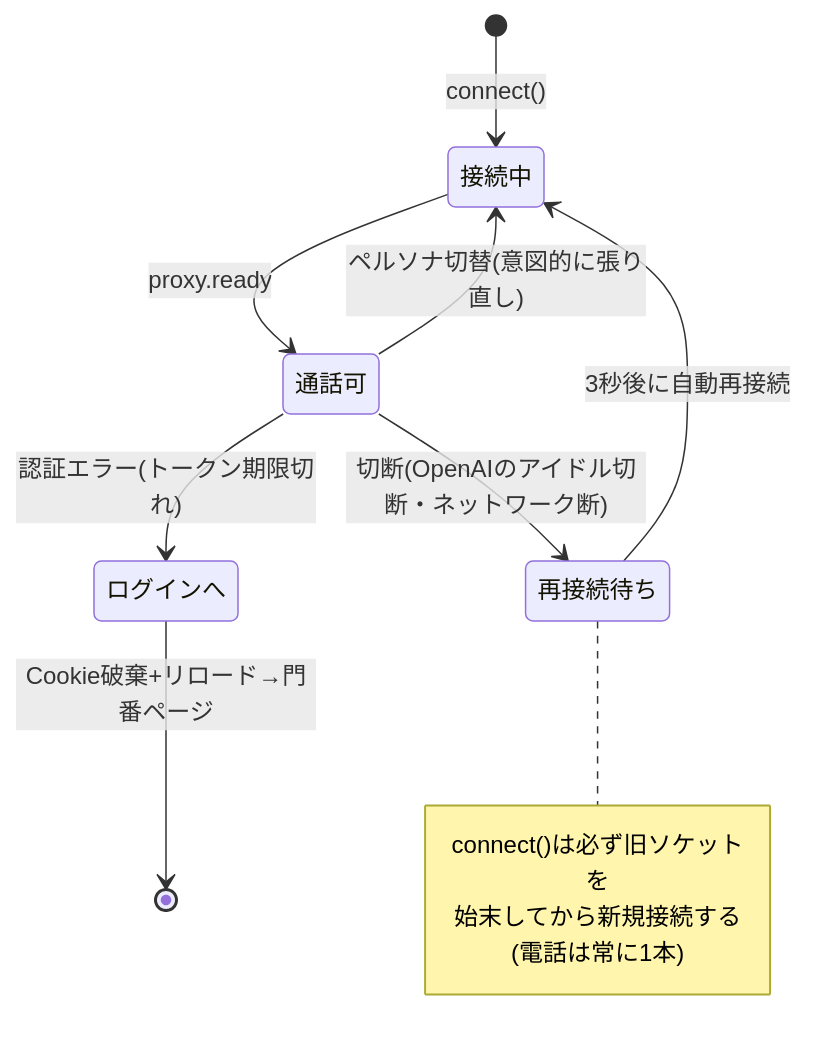
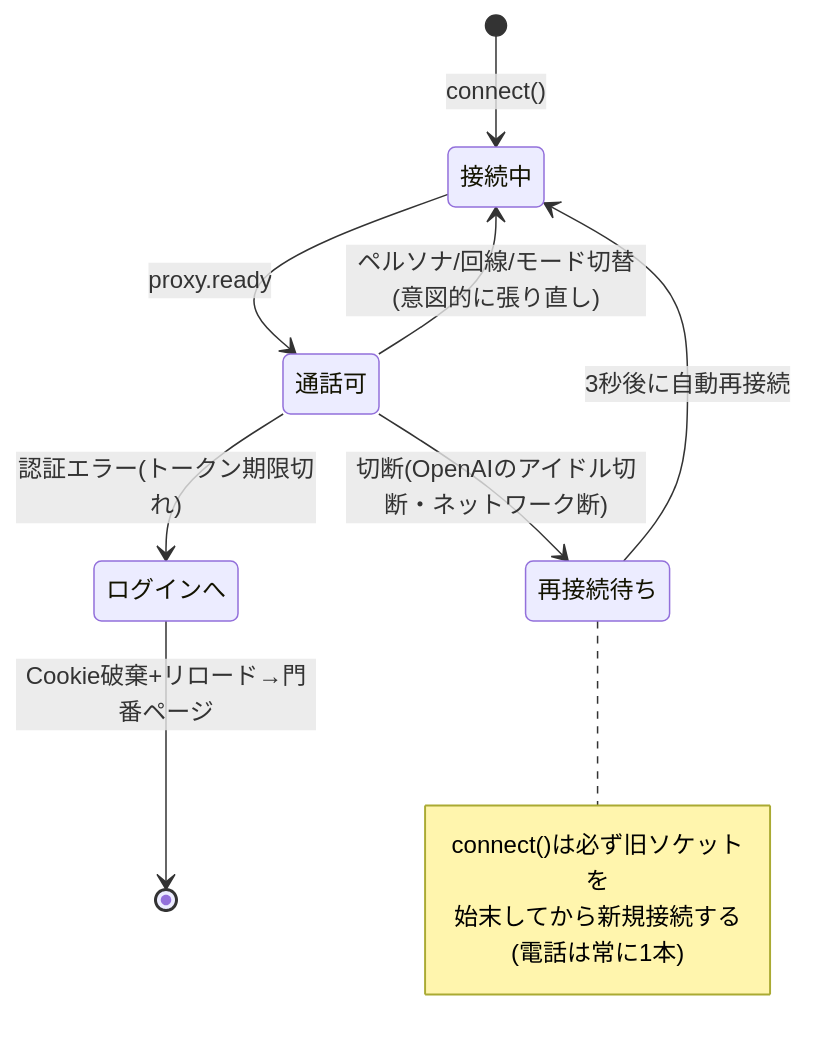
Before and after one commit to yoshiharu-ishii/realtime_voice: the sixth of 8 diagrams in docs/architecture.md, drawn with Mermaid. The commit also changed other lines of this file and 1 other file, not shown here.

````diff
--- a/docs/architecture.md
+++ b/docs/architecture.md
@@ -141,16 +145,16 @@
 ```mermaid
 stateDiagram-v2
     [*] --> 接続中: connect()
     接続中 --> 通話可: proxy.ready
     通話可 --> 再接続待ち: 切断(OpenAIのアイドル切断・ネットワーク断)
     再接続待ち --> 接続中: 3秒後に自動再接続
-    通話可 --> 接続中: ペルソナ切替(意図的に張り直し)
+    通話可 --> 接続中: ペルソナ/回線/モード切替(意図的に張り直し)
     通話可 --> ログインへ: 認証エラー(トークン期限切れ)
     ログインへ --> [*]: Cookie破棄+リロード→門番ページ
 
     note right of 再接続待ち
         connect()は必ず旧ソケットを
         始末してから新規接続する
         (電話は常に1本)
     end note
 ```
````
